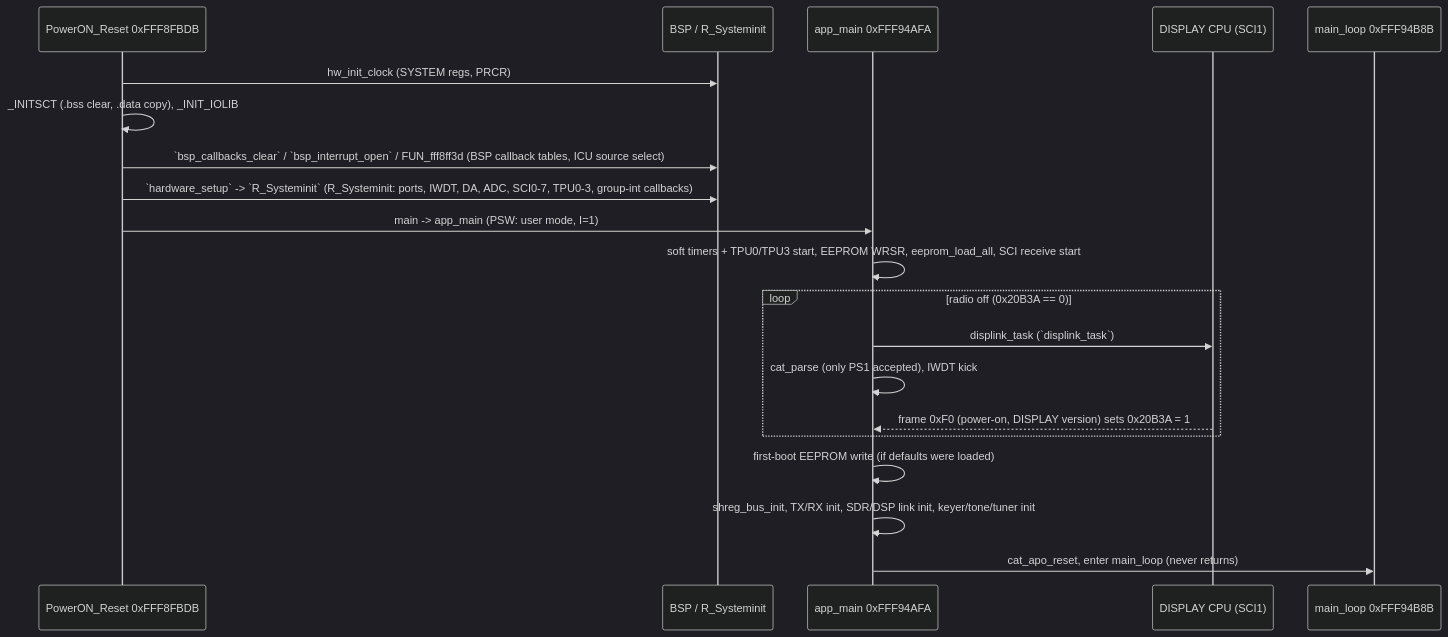
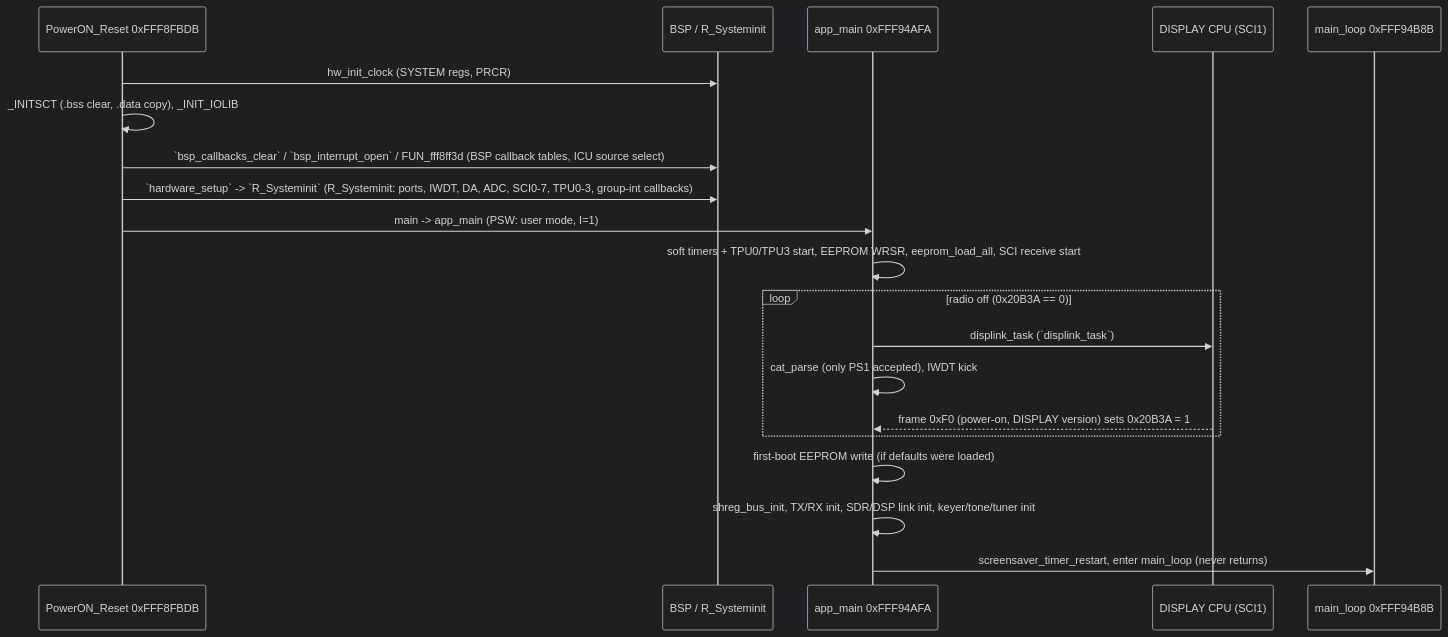
The second of 4 diagrams in docs/code/main/README.md (Reid-n0rc/FT-710_Firmware), drawn with Mermaid (dark theme) before and after one commit. The commit also changed other lines of this file and 10 other files, not shown here.

First line of the commit message:
main: cat_apo_reset is the screen-saver timer (#208)

````diff
--- a/docs/code/main/README.md
+++ b/docs/code/main/README.md
@@ -62,22 +62,22 @@
 ```mermaid
 sequenceDiagram
   participant R as PowerON_Reset 0xFFF8FBDB
   participant B as BSP / R_Systeminit
   participant A as app_main 0xFFF94AFA
   participant D as DISPLAY CPU (SCI1)
   participant M as main_loop 0xFFF94B8B
   R->>B: hw_init_clock (SYSTEM regs, PRCR)
   R->>R: _INITSCT (.bss clear, .data copy), _INIT_IOLIB
   R->>B: `bsp_callbacks_clear` / `bsp_interrupt_open` / FUN_fff8ff3d (BSP callback tables, ICU source select)
   R->>B: `hardware_setup` -> `R_Systeminit` (R_Systeminit: ports, IWDT, DA, ADC, SCI0-7, TPU0-3, group-int callbacks)
   R->>A: main -> app_main (PSW: user mode, I=1)
   A->>A: soft timers + TPU0/TPU3 start, EEPROM WRSR, eeprom_load_all, SCI receive start
   loop radio off (0x20B3A == 0)
     A->>D: displink_task (`displink_task`)
     A->>A: cat_parse (only PS1 accepted), IWDT kick
     D-->>A: frame 0xF0 (power-on, DISPLAY version) sets 0x20B3A = 1
   end
   A->>A: first-boot EEPROM write (if defaults were loaded)
   A->>A: shreg_bus_init, TX/RX init, SDR/DSP link init, keyer/tone/tuner init
-  A->>M: cat_apo_reset, enter main_loop (never returns)
+  A->>M: screensaver_timer_restart, enter main_loop (never returns)
 ```
````
